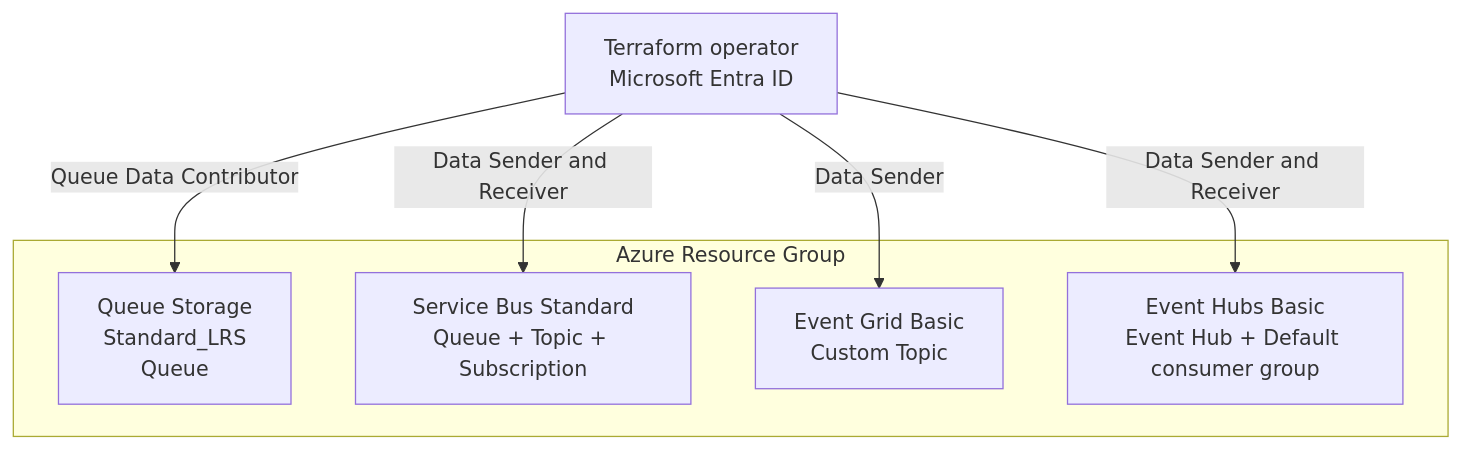
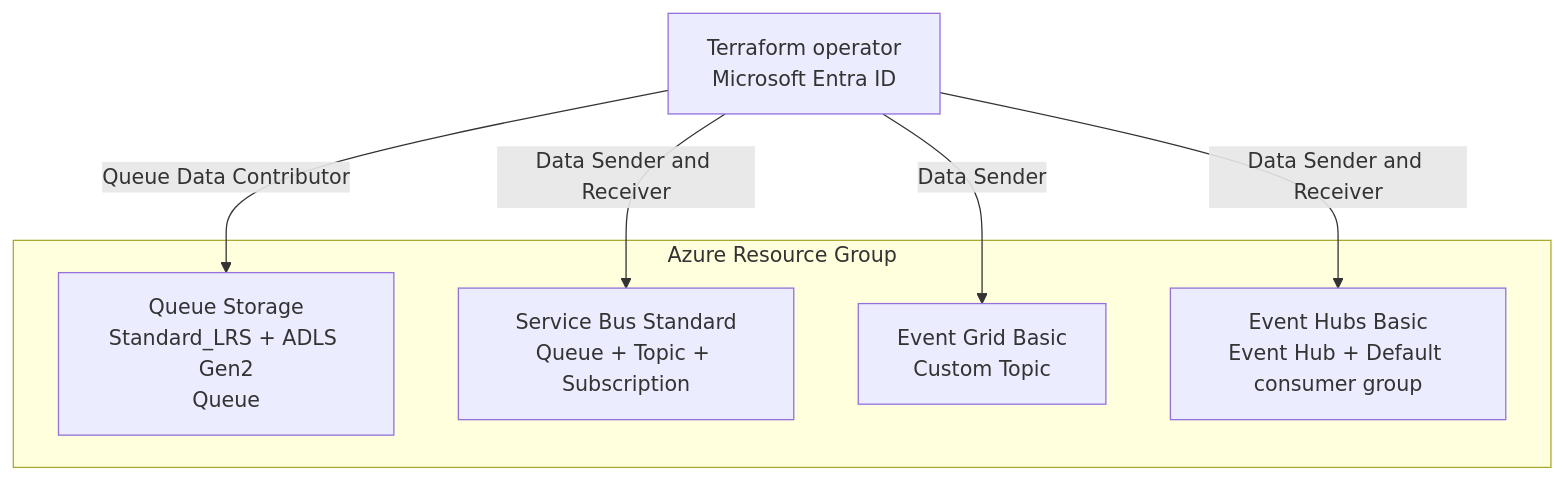
Before and after one commit to ks6088ts/template-terraform: the diagram in infra/scenarios/azure_messaging/README.ja.md, drawn with Mermaid. The commit also changed other lines of this file and 15 other files, not shown here.

````diff
--- a/infra/scenarios/azure_messaging/README.ja.md
+++ b/infra/scenarios/azure_messaging/README.ja.md
@@ -41,16 +45,16 @@
 ```mermaid
 flowchart TB
     Operator["Terraform operator<br/>Microsoft Entra ID"]
 
     subgraph ResourceGroup["Azure Resource Group"]
-        QueueStorage["Queue Storage<br/>Standard_LRS<br/>Queue"]
+        QueueStorage["Queue Storage<br/>Standard_LRS + ADLS Gen2<br/>Queue"]
         ServiceBus["Service Bus Standard<br/>Queue + Topic + Subscription"]
         EventGrid["Event Grid Basic<br/>Custom Topic"]
         EventHubs["Event Hubs Basic<br/>Event Hub + Default consumer group"]
     end
 
     Operator -->|Queue Data Contributor| QueueStorage
     Operator -->|Data Sender and Receiver| ServiceBus
     Operator -->|Data Sender| EventGrid
     Operator -->|Data Sender and Receiver| EventHubs
 ```
````
